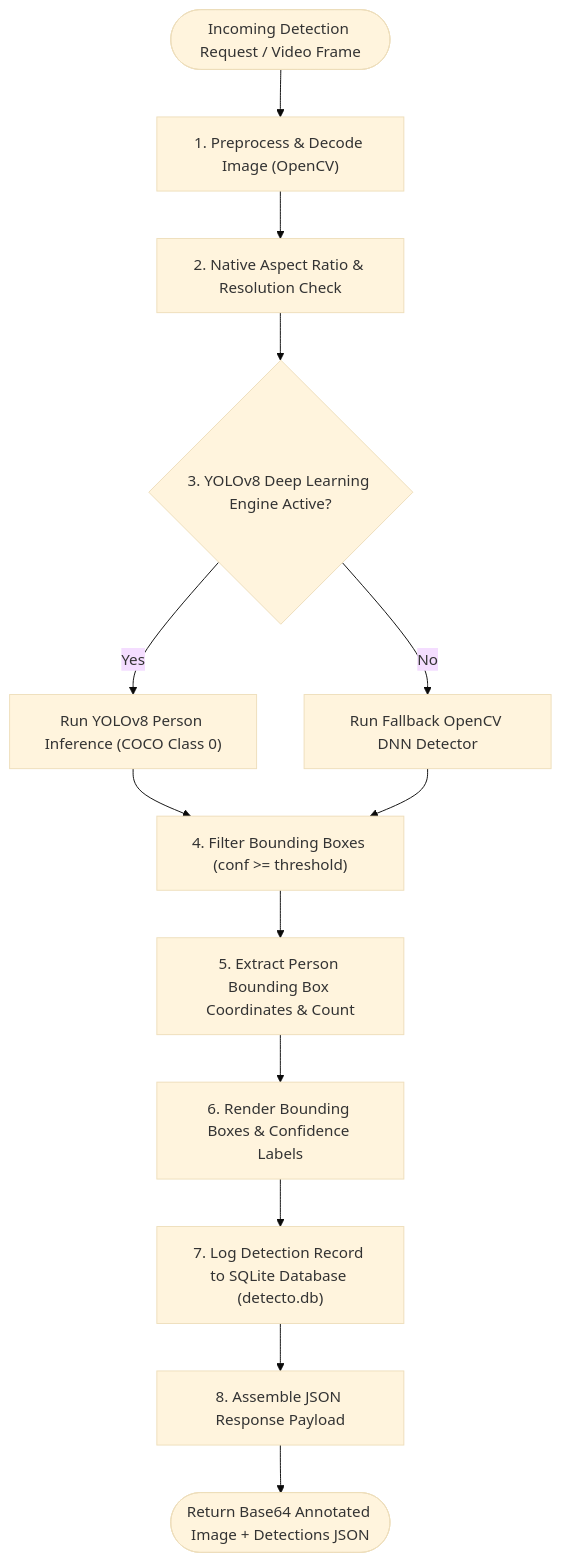
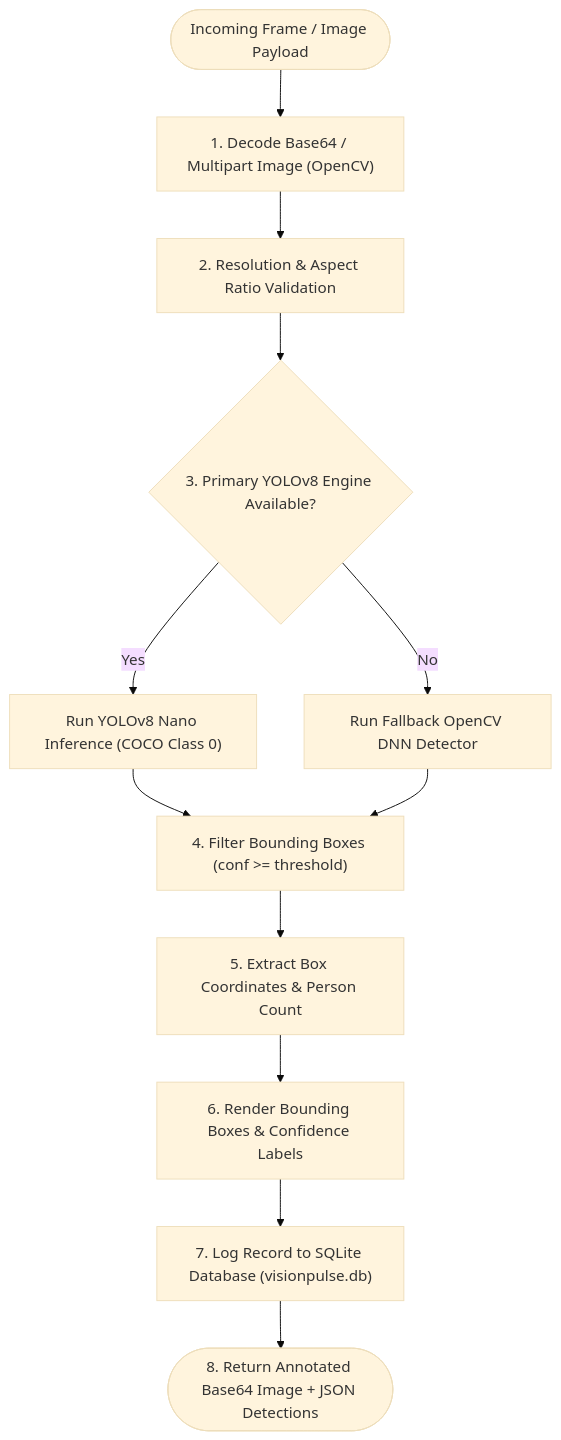
One commit to sahmedhusain/visionpulse changed the second of 2 diagrams in README.md. Above: the diagram before and after it, drawn with Mermaid (base theme). The commit also changed other lines of this file and 6 other files, not shown here.

````diff
--- a/README.md
+++ b/README.md
@@ -82,19 +73,15 @@
 ```mermaid
 flowchart TD
-    Start(["Incoming Detection Request / Video Frame"]) --> Decode["1. Preprocess & Decode Image (OpenCV)"]
-    Decode --> AspectCheck["2. Native Aspect Ratio & Resolution Check"]
-    AspectCheck --> ModelCheck{"3. YOLOv8 Deep Learning Engine Active?"}
+    Start(["Incoming Frame / Image Payload"]) --> Decode["1. Decode Base64 / Multipart Image (OpenCV)"]
+    Decode --> Aspect["2. Resolution & Aspect Ratio Validation"]
+    Aspect --> ModelCheck{"3. Primary YOLOv8 Engine Available?"}
     
-    ModelCheck -- Yes --> YOLOInference["Run YOLOv8 Person Inference (COCO Class 0)"]
+    ModelCheck -- Yes --> YOLOInference["Run YOLOv8 Nano Inference (COCO Class 0)"]
     ModelCheck -- No --> FallbackInference["Run Fallback OpenCV DNN Detector"]
     
-    YOLOInference --> FilterConf["4. Filter Bounding Boxes (conf >= threshold)"]
-    FallbackInference --> FilterConf
-    
-    FilterConf --> ExtractCoords["5. Extract Person Bounding Box Coordinates & Count"]
+    YOLOInference & FallbackInference --> FilterConf["4. Filter Bounding Boxes (conf >= threshold)"]
+    FilterConf --> ExtractCoords["5. Extract Box Coordinates & Person Count"]
     ExtractCoords --> RenderOverlay["6. Render Bounding Boxes & Confidence Labels"]
-    
-    RenderOverlay --> SaveDB["7. Log Detection Record to SQLite Database (detecto.db)"]
-    SaveDB --> FormatResp["8. Assemble JSON Response Payload"]
-    FormatResp --> ReturnClient(["Return Base64 Annotated Image + Detections JSON"])
+    RenderOverlay --> SaveDB["7. Log Record to SQLite Database (visionpulse.db)"]
+    SaveDB --> ReturnClient(["8. Return Annotated Base64 Image + JSON Detections"])
 ```
````
